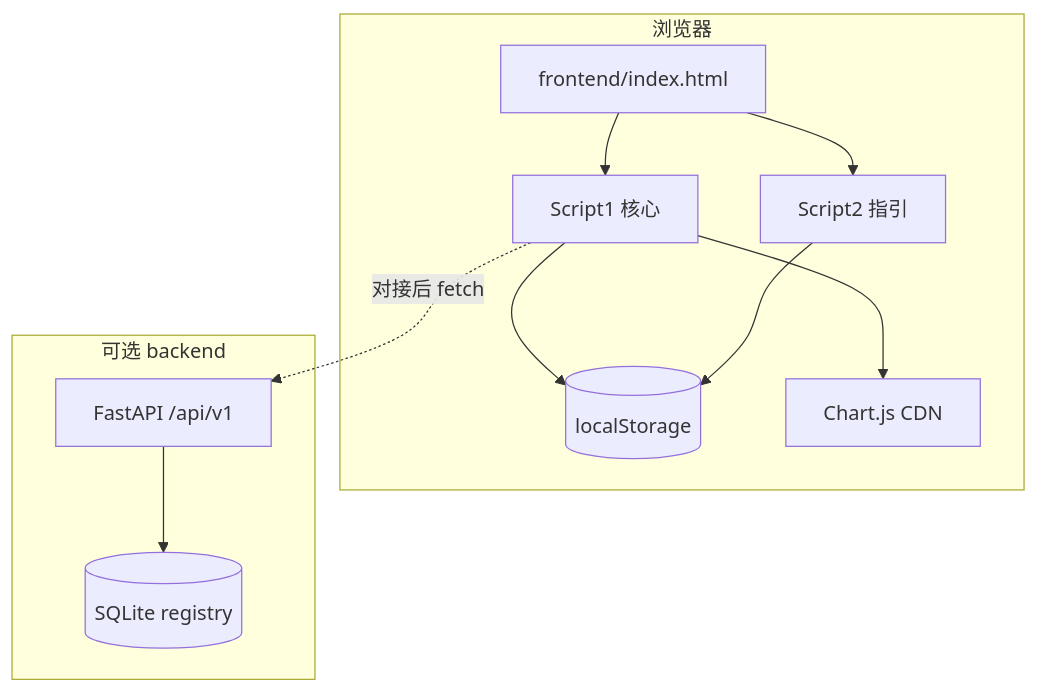
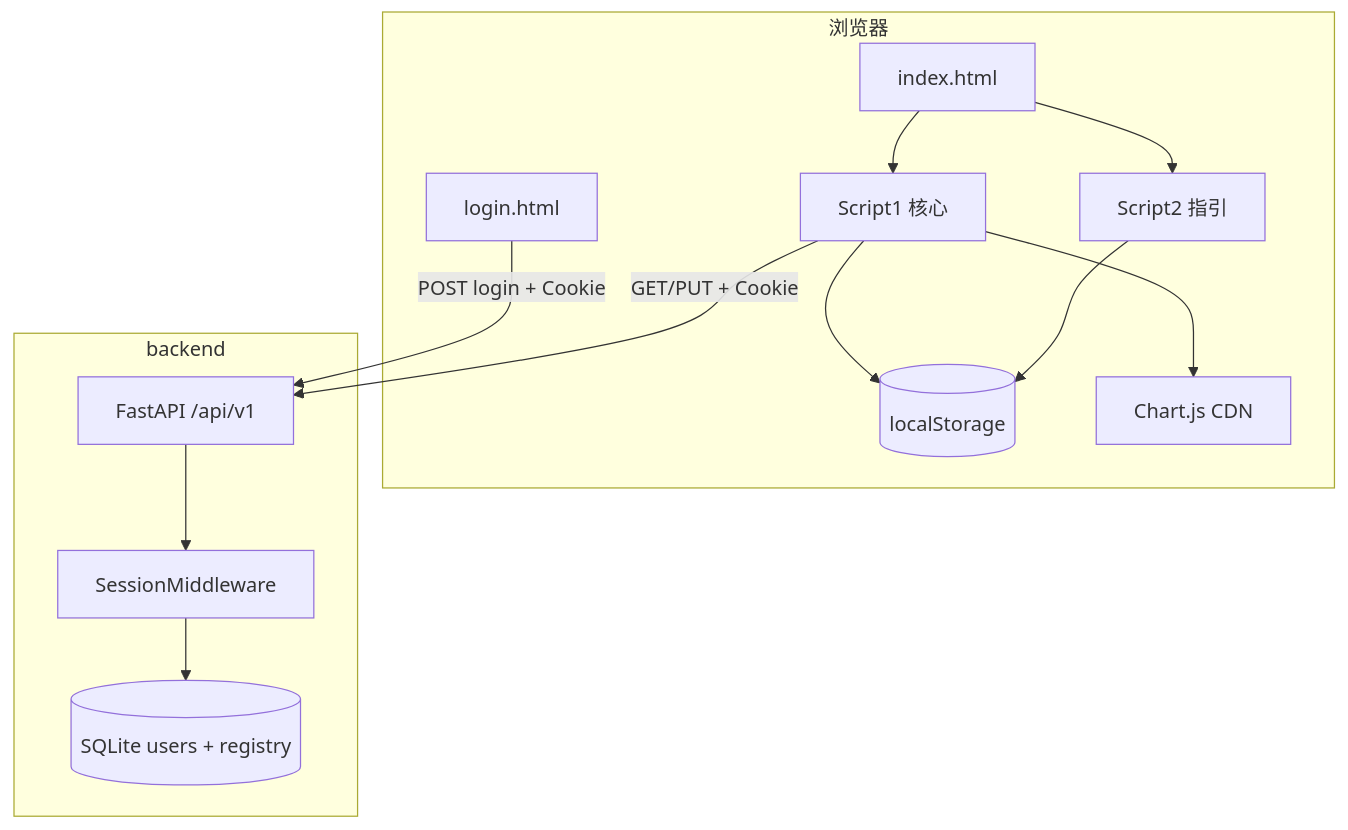
Before and after one commit to sky-ding/test: the first of 2 diagrams in docs/技术设计文档-项目管理登记工具.md, drawn with Mermaid. The commit also changed other lines of this file and 21 other files, not shown here.

````diff
--- a/docs/技术设计文档-项目管理登记工具.md
+++ b/docs/技术设计文档-项目管理登记工具.md
@@ -20,21 +21,25 @@
 ```mermaid
 flowchart TB
   subgraph Browser["浏览器"]
-    HTML[frontend/index.html]
+    LOGIN[login.html]
+    HTML[index.html]
     S1[Script1 核心]
     S2[Script2 指引]
     LS[(localStorage)]
     CDN[Chart.js CDN]
   end
-  subgraph Server["可选 backend"]
+  subgraph Server["backend"]
     API[FastAPI /api/v1]
-    DB[(SQLite registry)]
+    SESS[SessionMiddleware]
+    DB[(SQLite users + registry)]
   end
+  LOGIN -->|POST login + Cookie| API
   HTML --> S1
   HTML --> S2
   S1 --> LS
   S2 --> LS
   S1 --> CDN
-  S1 -.->|对接后 fetch| API
-  API --> DB
+  S1 -->|GET/PUT + Cookie| API
+  API --> SESS
+  SESS --> DB
 ```
````
